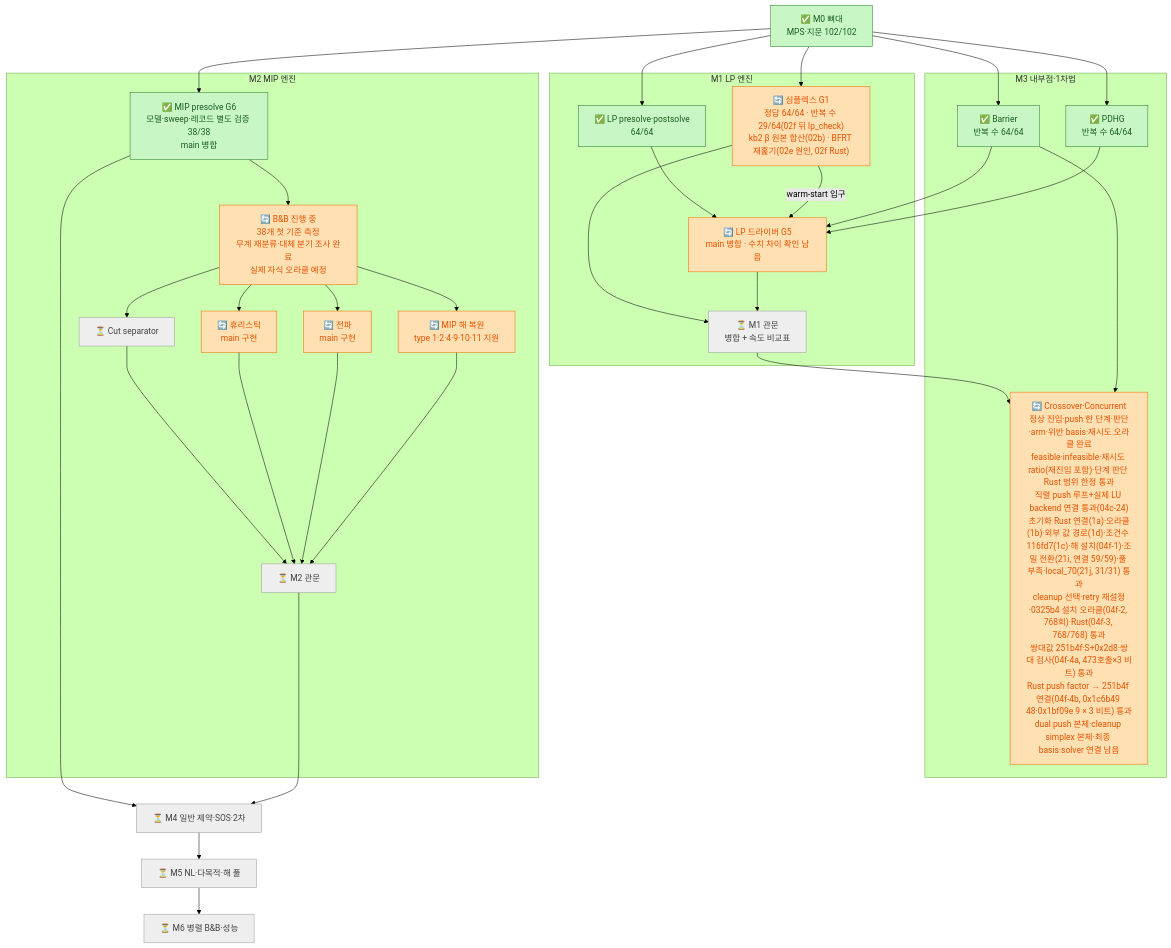
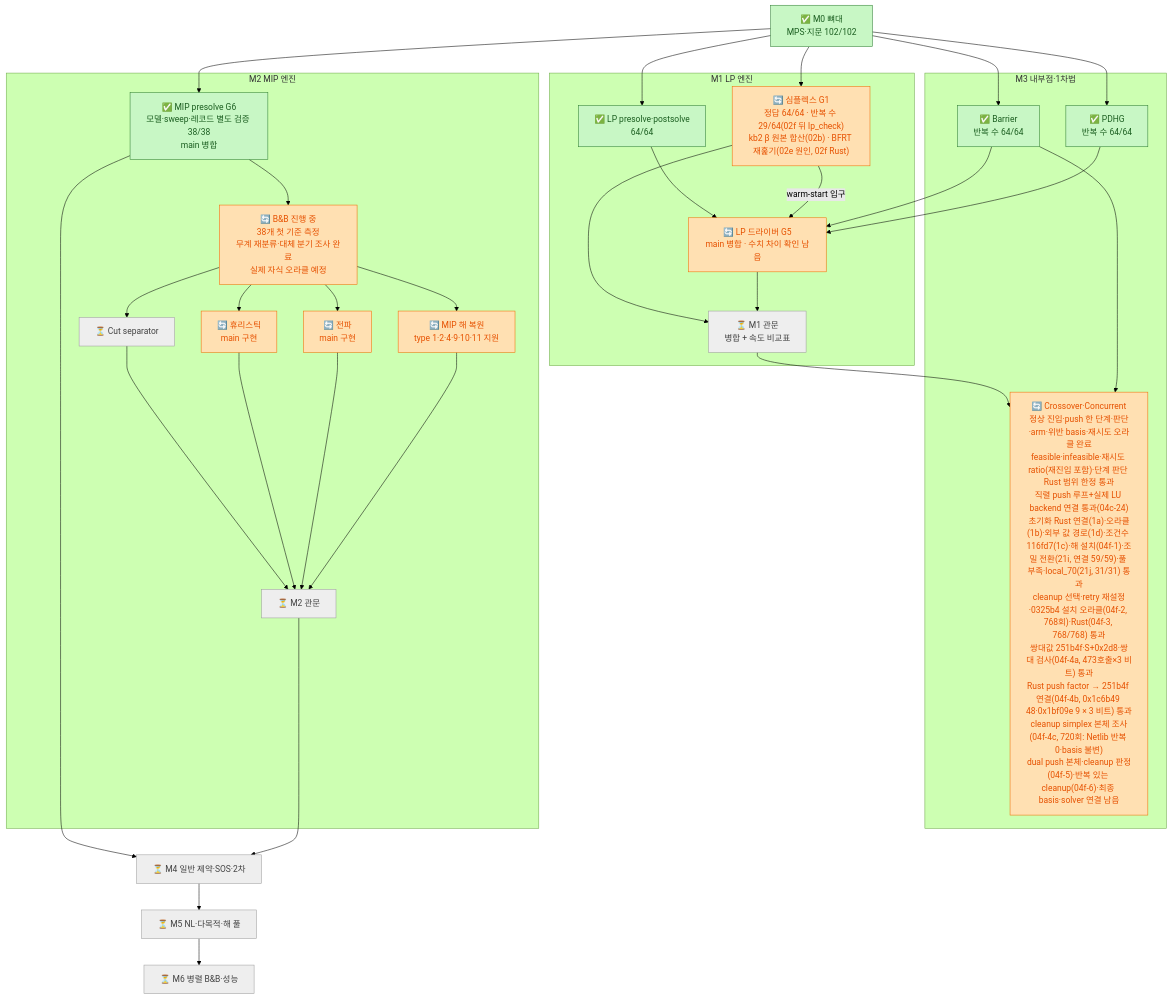
One commit to kjh278231/kerobi changed the diagram in docs/12_roadmap_diagram.md. Above: the diagram before and after it, drawn with Mermaid (forest theme). The commit also changed other lines of this file and 7 other files, not shown here.

Commit message:
M3-04f-4c: 결과·판정·교훈·인계·진행 문서 — 0cda5b 조기 반환 없음, Netlib 225·interior 5 반복 0·basis 불변, 반복은 mode 1 10사례, 후속 04f-5a·5b·6

````diff
--- a/docs/12_roadmap_diagram.md
+++ b/docs/12_roadmap_diagram.md
@@ -225,49 +227,49 @@
 ```mermaid
 flowchart TD
     classDef done fill:#c8f7c5,stroke:#2e7d32,color:#1b5e20
     classDef doing fill:#ffe0b2,stroke:#ef6c00,color:#e65100
     classDef pending fill:#bbdefb,stroke:#1565c0,color:#0d47a1
     classDef todo fill:#eeeeee,stroke:#9e9e9e,color:#424242
 
     M0["✅ M0 뼈대<br/>MPS·지문 102/102"]:::done
 
     subgraph M1["M1 LP 엔진"]
         PRE["✅ LP presolve·postsolve<br/>64/64"]:::done
         SPX["🔄 심플렉스 G1<br/>정답 64/64 · 반복 수 29/64(02f 뒤 lp_check)<br/>kb2 β 원본 합산(02b) · BFRT 재훑기(02e 원인, 02f Rust)"]:::doing
         DRV["🔄 LP 드라이버 G5<br/>main 병합 · 수치 차이 확인 남음"]:::doing
         GATE1["⏳ M1 관문<br/>병합 + 속도 비교표"]:::todo
     end
 
     subgraph M3["M3 내부점·1차법"]
         BAR["✅ Barrier<br/>반복 수 64/64"]:::done
         PDHG["✅ PDHG<br/>반복 수 64/64"]:::done
-        XO["🔄 Crossover·Concurrent<br/>정상 진입·push 한 단계·판단·arm·위반 basis·재시도 오라클 완료<br/>feasible·infeasible·재시도 ratio(재진입 포함)·단계 판단 Rust 범위 한정 통과<br/>직렬 push 루프+실제 LU backend 연결 통과(04c-24)<br/>초기화 Rust 연결(1a)·오라클(1b)·외부 값 경로(1d)·조건수 116fd7(1c)·해 설치(04f-1)·조밀 전환(21i, 연결 59/59)·풀 부족·local_70(21j, 31/31) 통과<br/>cleanup 선택·retry 재설정·0325b4 설치 오라클(04f-2, 768회)·Rust(04f-3, 768/768) 통과<br/>쌍대값 251b4f·S+0x2d8·쌍대 검사(04f-4a, 473호출×3 비트) 통과<br/>Rust push factor → 251b4f 연결(04f-4b, 0x1c6b49 48·0x1bf09e 9 × 3 비트) 통과<br/>dual push 본체·cleanup simplex 본체·최종 basis·solver 연결 남음"]:::doing
+        XO["🔄 Crossover·Concurrent<br/>정상 진입·push 한 단계·판단·arm·위반 basis·재시도 오라클 완료<br/>feasible·infeasible·재시도 ratio(재진입 포함)·단계 판단 Rust 범위 한정 통과<br/>직렬 push 루프+실제 LU backend 연결 통과(04c-24)<br/>초기화 Rust 연결(1a)·오라클(1b)·외부 값 경로(1d)·조건수 116fd7(1c)·해 설치(04f-1)·조밀 전환(21i, 연결 59/59)·풀 부족·local_70(21j, 31/31) 통과<br/>cleanup 선택·retry 재설정·0325b4 설치 오라클(04f-2, 768회)·Rust(04f-3, 768/768) 통과<br/>쌍대값 251b4f·S+0x2d8·쌍대 검사(04f-4a, 473호출×3 비트) 통과<br/>Rust push factor → 251b4f 연결(04f-4b, 0x1c6b49 48·0x1bf09e 9 × 3 비트) 통과<br/>cleanup simplex 본체 조사(04f-4c, 720회: Netlib 반복 0·basis 불변)<br/>dual push 본체·cleanup 판정(04f-5)·반복 있는 cleanup(04f-6)·최종 basis·solver 연결 남음"]:::doing
     end
 
     subgraph M2["M2 MIP 엔진"]
         MPRE["✅ MIP presolve G6<br/>모델·sweep·레코드 별도 검증 38/38<br/>main 병합"]:::done
         BNB["🔄 B&B 진행 중<br/>38개 첫 기준 측정<br/>무계 재분류·대체 분기 조사 완료<br/>실제 자식 오라클 예정"]:::doing
         CUT["⏳ Cut separator"]:::todo
         HEU["🔄 휴리스틱<br/>main 구현"]:::doing
         PROP["🔄 전파<br/>main 구현"]:::doing
         POST["🔄 MIP 해 복원<br/>type 1·2·4·9·10·11 지원"]:::doing
         GATE2["⏳ M2 관문"]:::todo
     end
 
     M4["⏳ M4 일반 제약·SOS·2차"]:::todo
     M5["⏳ M5 NL·다목적·해 풀"]:::todo
     M6["⏳ M6 병렬 B&B·성능"]:::todo
 
     M0 --> PRE & SPX & BAR & PDHG & MPRE
     PRE --> DRV
     BAR & PDHG --> DRV
     SPX -- "warm-start 입구" --> DRV
     SPX & DRV --> GATE1
     GATE1 --> XO
     BAR --> XO
     MPRE --> BNB
     BNB --> CUT & HEU & PROP & POST
     CUT & HEU & PROP & POST --> GATE2
     MPRE --> M4
     GATE2 --> M4 --> M5 --> M6
 ```
````
